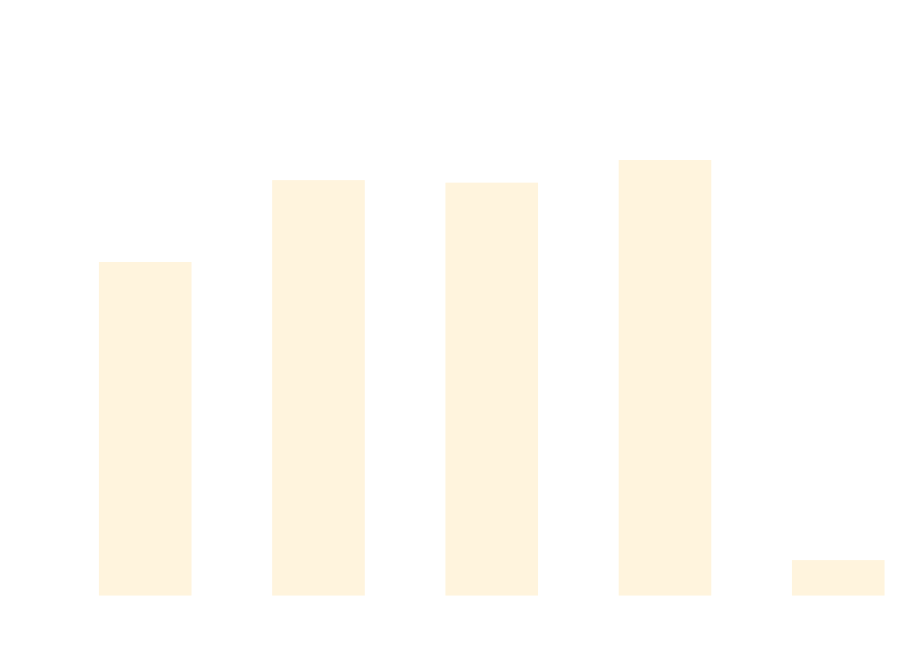
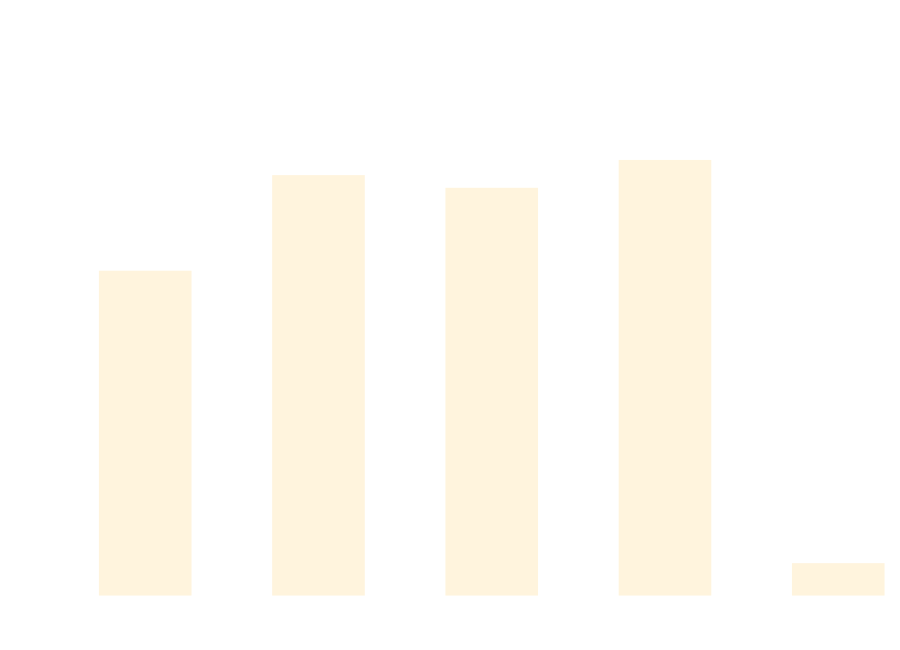
One commit to weiyilai/TUnit changed the diagram in docs/docs/benchmarks/ScaleTests.md. Above: the diagram before and after it, drawn with Mermaid. The commit also changed other lines of this file and 17 other files, not shown here.

````diff
--- a/docs/docs/benchmarks/ScaleTests.md
+++ b/docs/docs/benchmarks/ScaleTests.md
@@ -27,37 +27,37 @@
 ```mermaid
 %%{init: {
   'theme':'base',
   'themeVariables': {
     'primaryColor': '#2563eb',
     'primaryTextColor': '#ffffff',
     'primaryBorderColor': '#1e40af',
     'lineColor': '#6b7280',
     'secondaryColor': '#7c3aed',
     'tertiaryColor': '#dc2626',
     'background': '#ffffff',
     'mainBkg': '#2563eb',
     'secondBkg': '#7c3aed',
     'tertiaryBkg': '#dc2626',
     'clusterBkg': '#f3f4f6',
     'edgeLabelBackground': '#ffffff',
     'tertiaryTextColor': '#1f2937',
     'pie1': '#2563eb',
     'pie2': '#7c3aed',
     'pie3': '#dc2626',
     'pie4': '#f59e0b',
     'pie5': '#10b981',
     'pie6': '#06b6d4',
     'pie7': '#ec4899',
     'pie8': '#6366f1',
     'pie9': '#84cc16',
     'pie10': '#f97316',
     'pie11': '#14b8a6',
     'pie12': '#a855f7'
   }
 }}%%
 xychart-beta
   title "ScaleTests Performance Comparison"
   x-axis ["TUnit", "NUnit", "MSTest", "xUnit3", "TUnit_AOT"]
-  y-axis "Time (ms)" 0 --> 720
-  bar [455.93, 571.23, 567.68, 599.61, 36.12]
+  y-axis "Time (ms)" 0 --> 748
+  bar [460.95, 600.77, 582.26, 623.02, 33.04]
 ```
````
